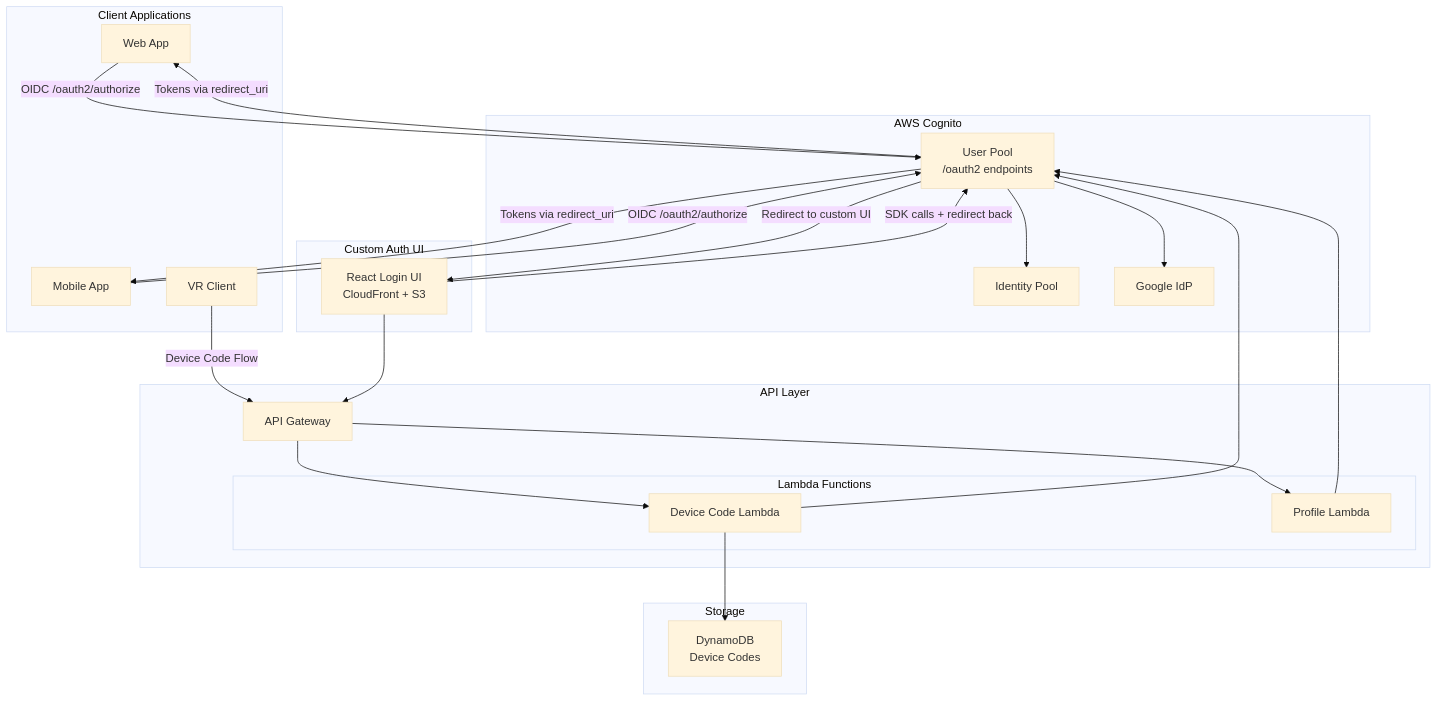
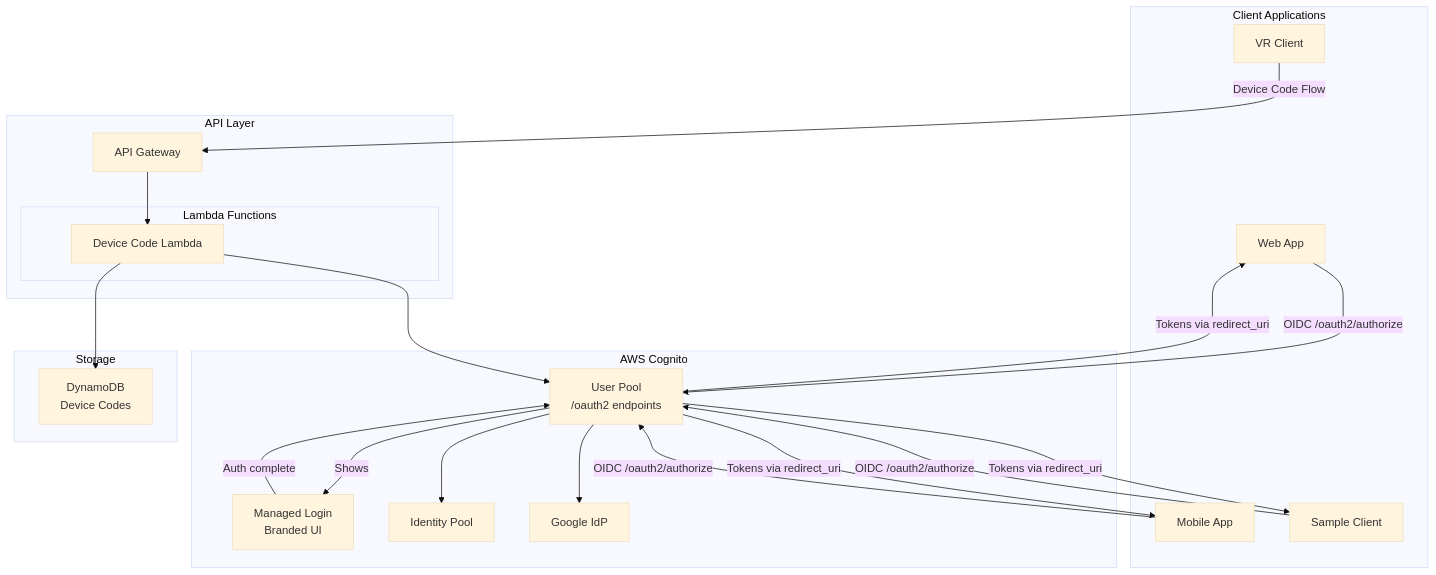
The first of 6 diagrams in .kiro/specs/thesafezone-idp/design.md (dumip/tsz-idp), drawn with Mermaid (base theme) before and after one commit. The commit also changed other lines of this file and 2 other files, not shown here.

Commit message:
Updated requirements to use managed login in AWS Cognito

````diff
--- a/.kiro/specs/thesafezone-idp/design.md
+++ b/.kiro/specs/thesafezone-idp/design.md
@@ -16,50 +16,45 @@
 ```mermaid
 graph TB
     subgraph "Client Applications"
         WEB[Web App]
         MOBILE[Mobile App]
         VR[VR Client]
+        SAMPLE[Sample Client]
     end
 
-    subgraph "Custom Auth UI"
-        LOGIN[React Login UI<br/>CloudFront + S3]
+    subgraph "AWS Cognito"
+        UP[User Pool<br/>/oauth2 endpoints]
+        ML[Managed Login<br/>Branded UI]
+        IP[Identity Pool]
+        GOOGLE[Google IdP]
     end
 
     subgraph "API Layer"
         APIGW[API Gateway]
         subgraph "Lambda Functions"
             DEVICE_CODE[Device Code Lambda]
-            PROFILE[Profile Lambda]
         end
-    end
-
-    subgraph "AWS Cognito"
-        UP[User Pool<br/>/oauth2 endpoints]
-        IP[Identity Pool]
-        GOOGLE[Google IdP]
     end
 
     subgraph "Storage"
         DDB[DynamoDB<br/>Device Codes]
     end
 
     WEB -->|OIDC /oauth2/authorize| UP
     MOBILE -->|OIDC /oauth2/authorize| UP
-    UP -->|Redirect to custom UI| LOGIN
-    LOGIN -->|SDK calls + redirect back| UP
+    SAMPLE -->|OIDC /oauth2/authorize| UP
+    UP -->|Shows| ML
+    ML -->|Auth complete| UP
     UP -->|Tokens via redirect_uri| WEB
     UP -->|Tokens via redirect_uri| MOBILE
+    UP -->|Tokens via redirect_uri| SAMPLE
 
     VR -->|Device Code Flow| APIGW
 
-    LOGIN --> APIGW
     APIGW --> DEVICE_CODE
-    APIGW --> PROFILE
-
     DEVICE_CODE --> DDB
     DEVICE_CODE --> UP
-    PROFILE --> UP
 
     UP --> GOOGLE
     UP --> IP
 ```
````
